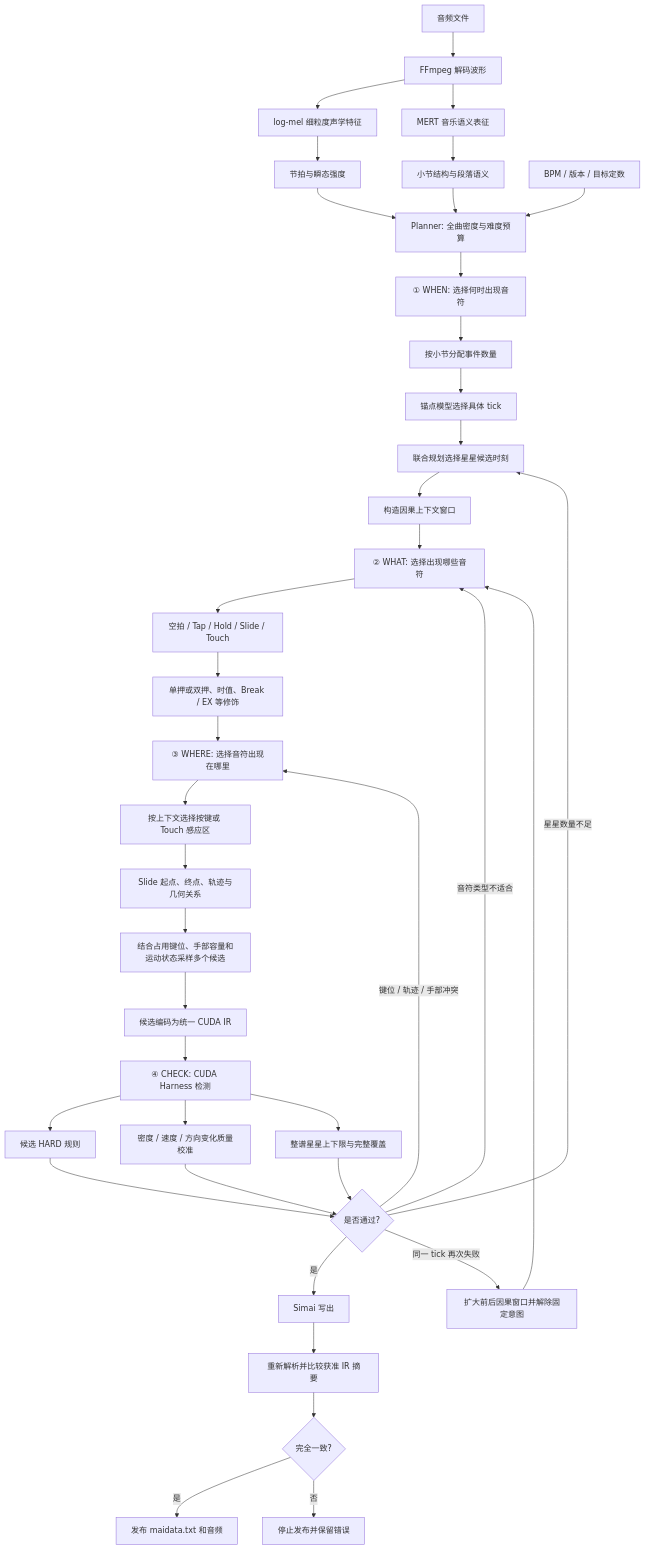
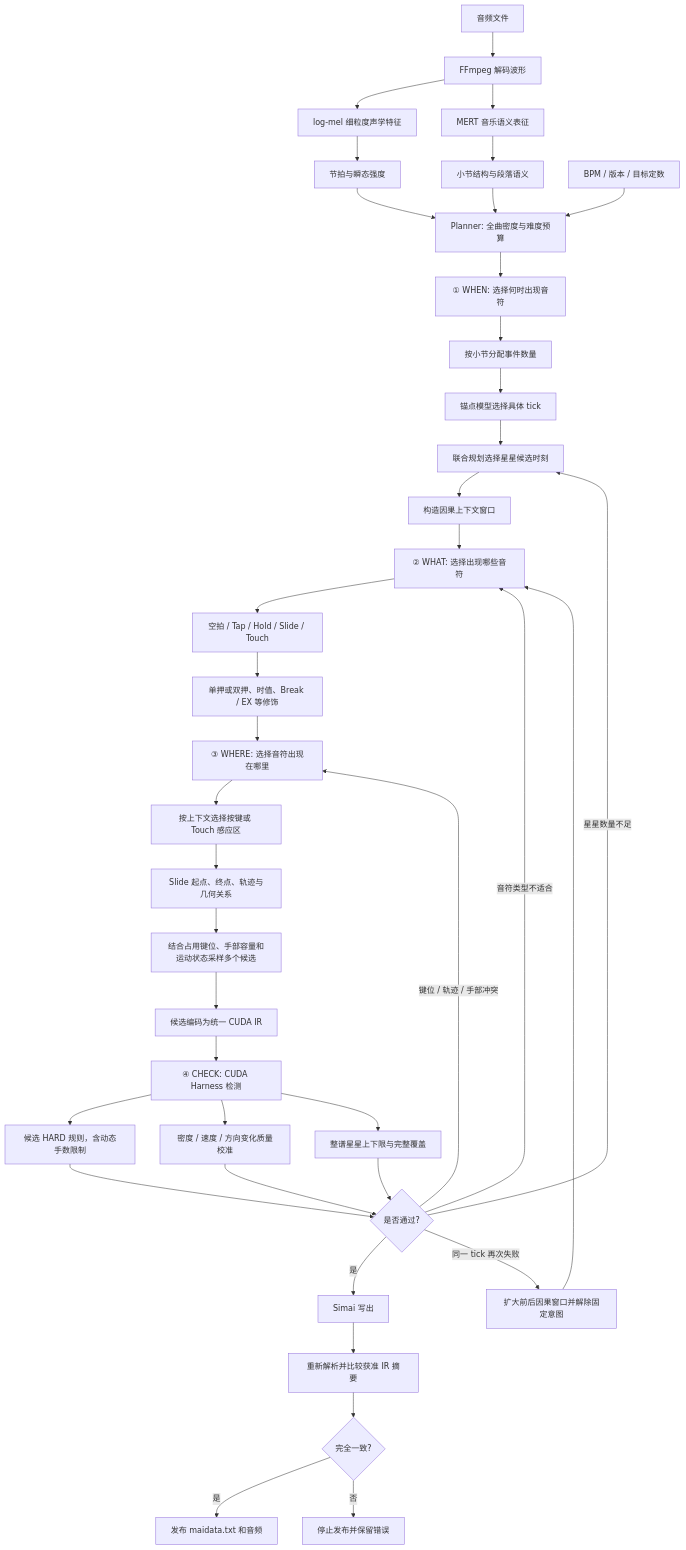
Before and after one commit to HuaHuaOfficial/maimai-chart-generator: the diagram in README.md, drawn with Mermaid. The commit also changed other lines of this file and 9 other files, not shown here.

````diff
--- a/README.md
+++ b/README.md
@@ -32,47 +33,47 @@
 ```mermaid
 flowchart TD
     A[音频文件] --> B[FFmpeg 解码波形]
     B --> C[log-mel 细粒度声学特征]
     B --> D[MERT 音乐语义表征]
     C --> E[节拍与瞬态强度]
     D --> F[小节结构与段落语义]
     P[BPM / 版本 / 目标定数] --> G
     E --> G[Planner: 全曲密度与难度预算]
     F --> G
 
     G --> W[① WHEN: 选择何时出现音符]
     W --> W1[按小节分配事件数量]
     W1 --> W2[锚点模型选择具体 tick]
     W2 --> W3[联合规划选择星星候选时刻]
 
     W3 --> H[构造因果上下文窗口]
     H --> T[② WHAT: 选择出现哪些音符]
     T --> T1[空拍 / Tap / Hold / Slide / Touch]
     T1 --> T2[单押或双押、时值、Break / EX 等修饰]
 
     T2 --> L[③ WHERE: 选择音符出现在哪里]
     L --> L1[按上下文选择按键或 Touch 感应区]
     L1 --> L2[Slide 起点、终点、轨迹与几何关系]
     L2 --> L3[结合占用键位、手部容量和运动状态采样多个候选]
 
     L3 --> I[候选编码为统一 CUDA IR]
     I --> J[④ CHECK: CUDA Harness 检测]
-    J --> J1[候选 HARD 规则]
+    J --> J1[候选 HARD 规则，含动态手数限制]
     J --> J2[密度 / 速度 / 方向变化质量校准]
     J --> J3[整谱星星上下限与完整覆盖]
 
     J1 --> K{是否通过?}
     J2 --> K
     J3 --> K
     K -- 是 --> O[Simai 写出]
     O --> Q[重新解析并比较获准 IR 摘要]
     Q --> R{完全一致?}
     R -- 是 --> S[发布 maidata.txt 和音频]
     R -- 否 --> X[停止发布并保留错误]
 
     K -- 星星数量不足 --> W3
     K -- 音符类型不适合 --> T
     K -- 键位 / 轨迹 / 手部冲突 --> L
     K -- 同一 tick 再次失败 --> Y[扩大前后因果窗口并解除固定意图]
     Y --> T
 ```
````
